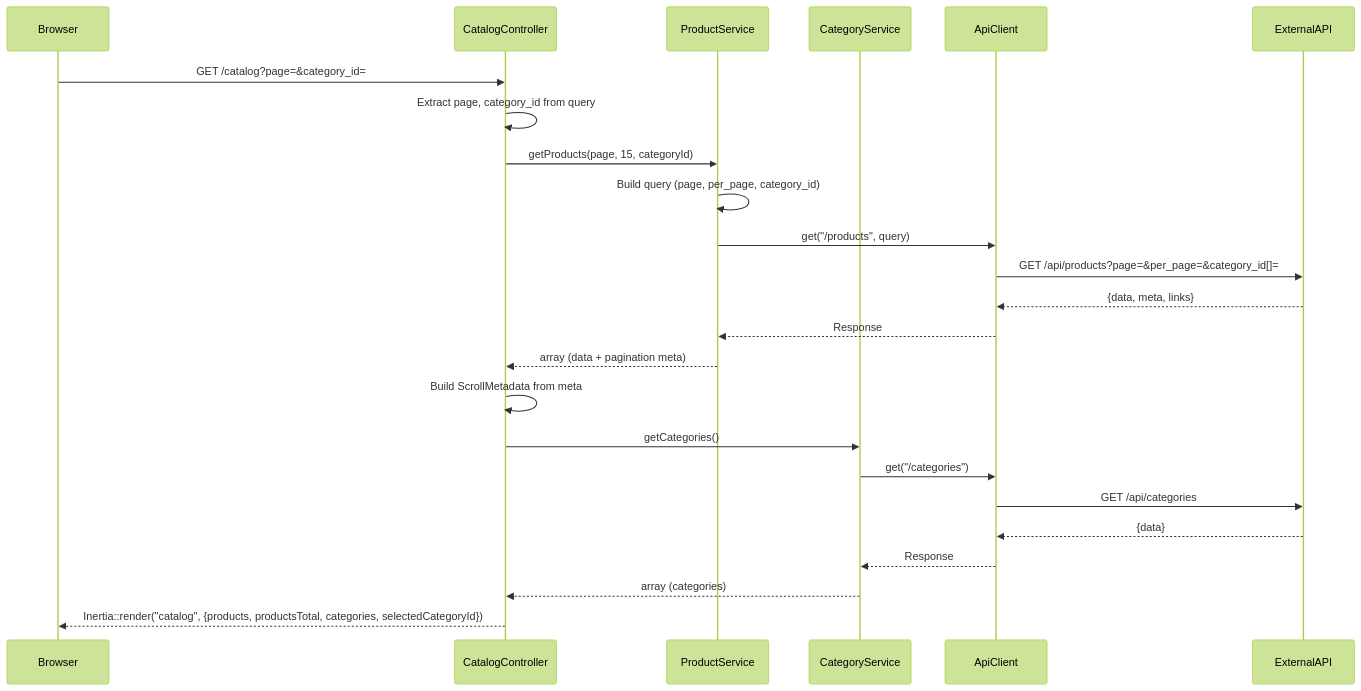
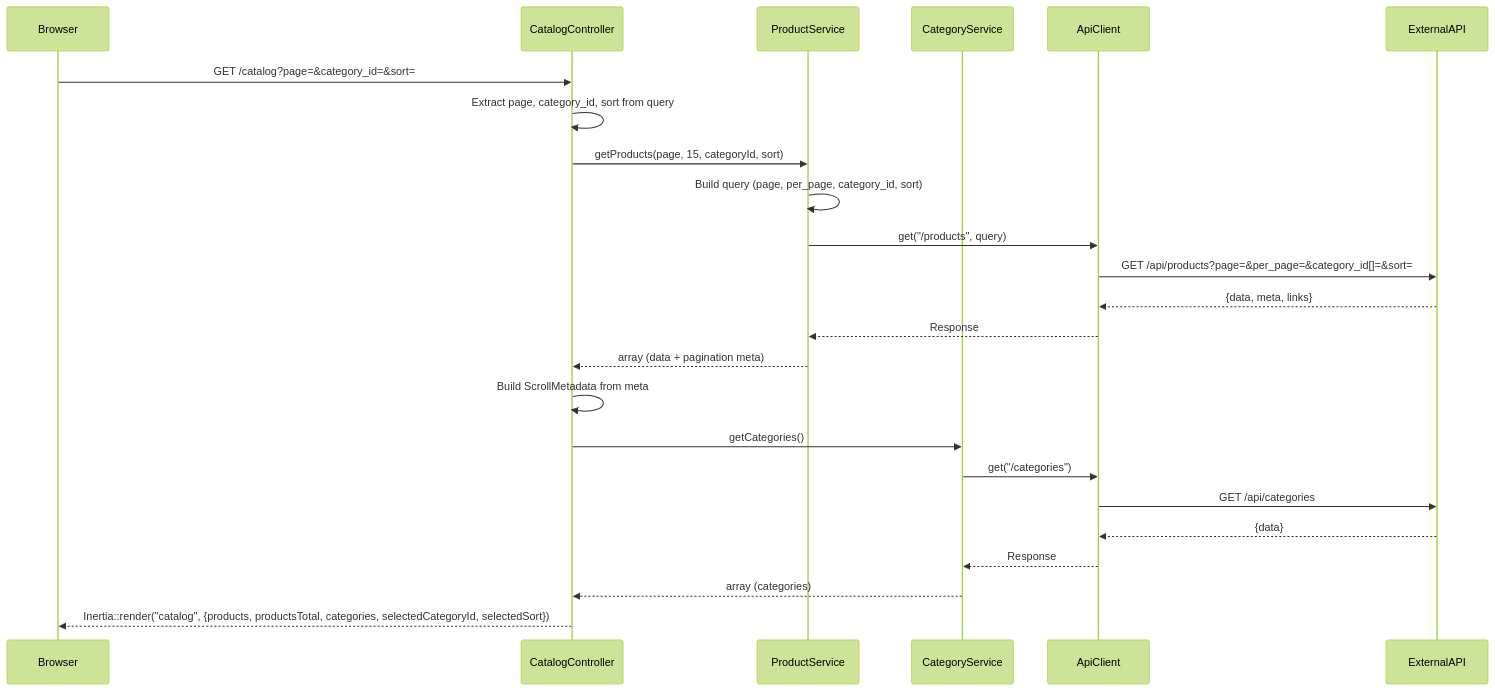
One commit to ikonoverde/b2b-mobile changed the diagram in uml/routes/catalog.mmd. Above: the diagram before and after it, drawn with Mermaid (forest theme). The commit also changed 5 other files, not shown here.

First line of the commit message:
Implement catalog sort options (MOB-5)

```diff
--- a/uml/routes/catalog.mmd
+++ b/uml/routes/catalog.mmd
@@ -1,30 +1,30 @@
 sequenceDiagram
     participant Browser
     participant CatalogController
     participant ProductService
     participant CategoryService
     participant ApiClient
     participant ExternalAPI
 
-    Browser->>CatalogController: GET /catalog?page=&category_id=
+    Browser->>CatalogController: GET /catalog?page=&category_id=&sort=
 
-    CatalogController->>CatalogController: Extract page, category_id from query
+    CatalogController->>CatalogController: Extract page, category_id, sort from query
 
-    CatalogController->>ProductService: getProducts(page, 15, categoryId)
-    ProductService->>ProductService: Build query (page, per_page, category_id)
+    CatalogController->>ProductService: getProducts(page, 15, categoryId, sort)
+    ProductService->>ProductService: Build query (page, per_page, category_id, sort)
     ProductService->>ApiClient: get("/products", query)
-    ApiClient->>ExternalAPI: GET /api/products?page=&per_page=&category_id[]=
+    ApiClient->>ExternalAPI: GET /api/products?page=&per_page=&category_id[]=&sort=
     ExternalAPI-->>ApiClient: {data, meta, links}
     ApiClient-->>ProductService: Response
     ProductService-->>CatalogController: array (data + pagination meta)
 
     CatalogController->>CatalogController: Build ScrollMetadata from meta
 
     CatalogController->>CategoryService: getCategories()
     CategoryService->>ApiClient: get("/categories")
     ApiClient->>ExternalAPI: GET /api/categories
     ExternalAPI-->>ApiClient: {data}
     ApiClient-->>CategoryService: Response
     CategoryService-->>CatalogController: array (categories)
 
-    CatalogController-->>Browser: Inertia::render("catalog", {products, productsTotal, categories, selectedCategoryId})
+    CatalogController-->>Browser: Inertia::render("catalog", {products, productsTotal, categories, selectedCategoryId, selectedSort})
```
